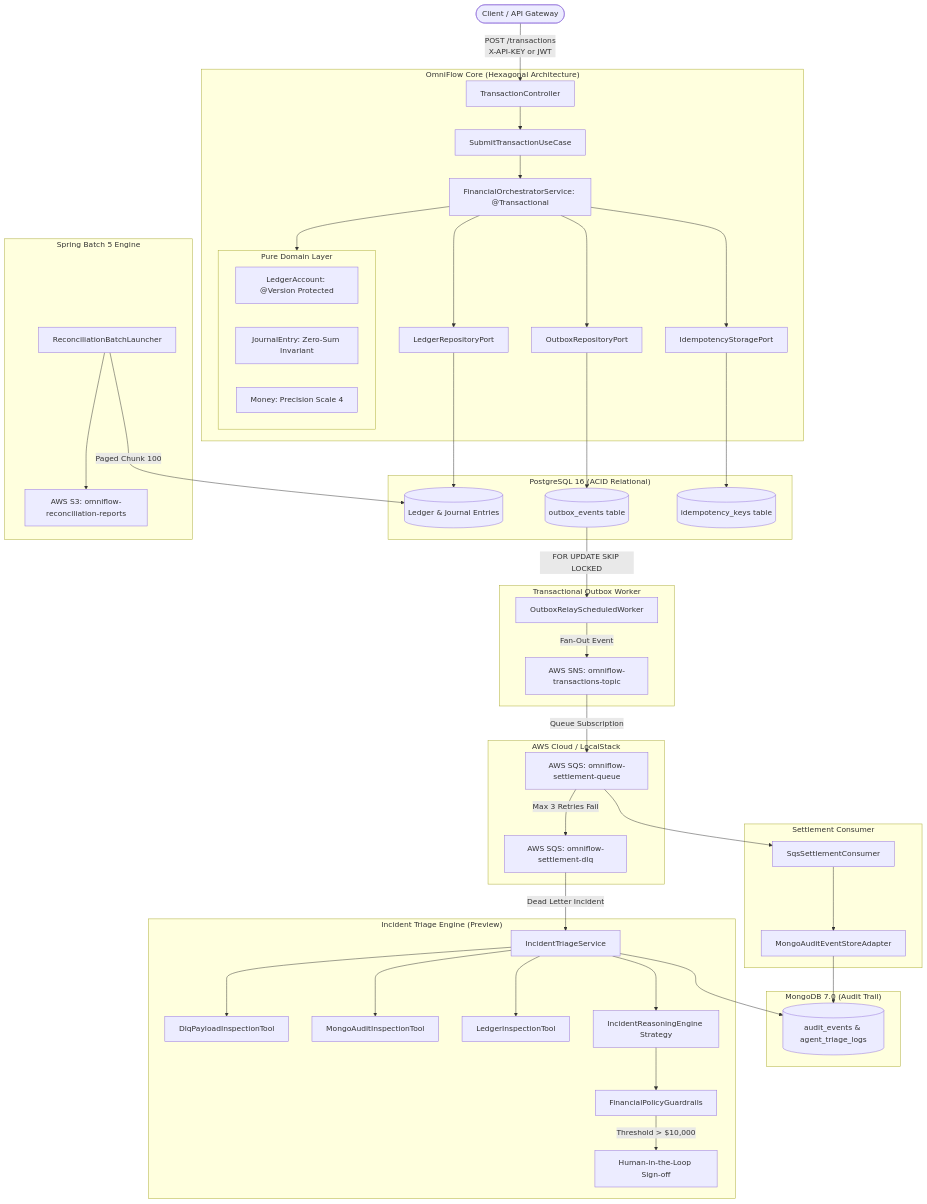
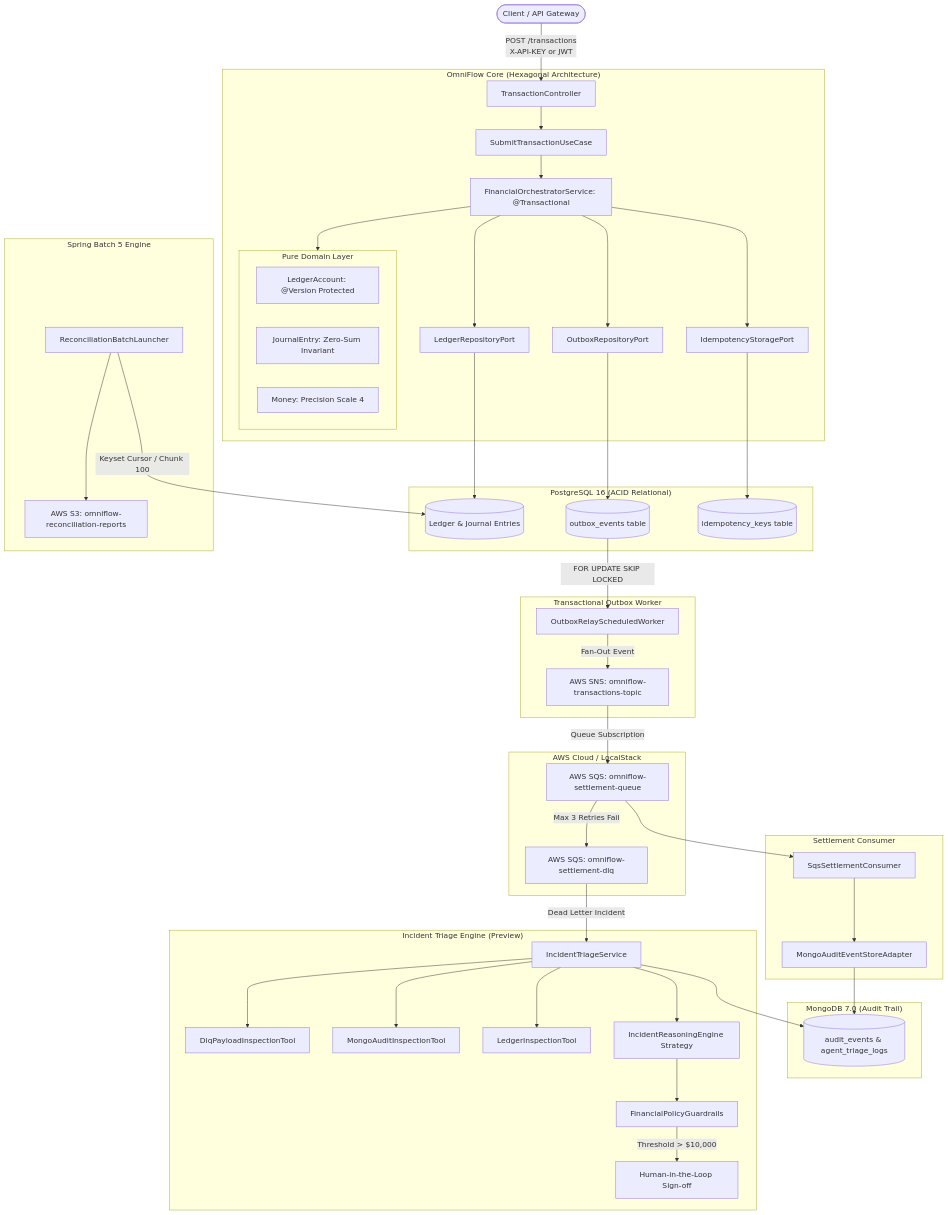
The diagram in README.md (MickaelGeronimo/omniflow), drawn with Mermaid before and after one commit. The commit also changed other lines of this file, not shown here.

Commit message:
docs: align README with exact keyset diagram, overdraft policy, and verification scope

````diff
--- a/README.md
+++ b/README.md
@@ -30,61 +30,61 @@
 ```mermaid
 flowchart TD
     Client([Client / API Gateway]) -->|POST /transactions<br>X-API-KEY or JWT| WebAdapter[TransactionController]
 
     subgraph Core ["OmniFlow Core (Hexagonal Architecture)"]
         WebAdapter --> InPort[SubmitTransactionUseCase]
         InPort --> Orchestrator[FinancialOrchestratorService: @Transactional]
 
         subgraph Domain ["Pure Domain Layer"]
             LedgerAccount[LedgerAccount: @Version Protected]
             JournalEntry[JournalEntry: Zero-Sum Invariant]
             Money[Money: Precision Scale 4]
         end
 
         Orchestrator --> Domain
         Orchestrator --> OutboxPort[OutboxRepositoryPort]
         Orchestrator --> LedgerPort[LedgerRepositoryPort]
         Orchestrator --> IdempPort[IdempotencyStoragePort]
     end
 
     subgraph PostgreSQL ["PostgreSQL 16 (ACID Relational)"]
         LedgerPort --> PG_Ledger[(Ledger & Journal Entries)]
         OutboxPort --> PG_Outbox[(outbox_events table)]
         IdempPort --> PG_Idemp[(idempotency_keys table)]
     end
 
     subgraph OutboxWorker ["Transactional Outbox Worker"]
         PG_Outbox -->|FOR UPDATE SKIP LOCKED| OutboxRelay[OutboxRelayScheduledWorker]
         OutboxRelay -->|Fan-Out Event| SNS[AWS SNS: omniflow-transactions-topic]
     end
 
     subgraph AWS ["AWS Cloud / LocalStack"]
         SNS -->|Queue Subscription| SQS[AWS SQS: omniflow-settlement-queue]
         SQS -->|Max 3 Retries Fail| DLQ[AWS SQS: omniflow-settlement-dlq]
     end
 
     subgraph Consumer ["Settlement Consumer"]
         SQS --> SqsListener[SqsSettlementConsumer]
         SqsListener --> MongoStore[MongoAuditEventStoreAdapter]
     end
 
     subgraph MongoDB ["MongoDB 7.0 (Audit Trail)"]
         MongoStore --> MongoDocs[(audit_events & agent_triage_logs)]
     end
 
     subgraph AIAgent ["Incident Triage Engine (Preview)"]
         DLQ -->|Dead Letter Incident| TriageService[IncidentTriageService]
         TriageService --> Tool1[DlqPayloadInspectionTool]
         TriageService --> Tool2[MongoAuditInspectionTool]
         TriageService --> Tool3[LedgerInspectionTool]
         TriageService --> Reasoning[IncidentReasoningEngine Strategy]
         Reasoning --> Guardrail[FinancialPolicyGuardrails]
         Guardrail -->|Threshold > $10,000| HITL[Human-in-the-Loop Sign-off]
         TriageService --> MongoDocs
     end
 
     subgraph Batch ["Spring Batch 5 Engine"]
-        BatchLauncher[ReconciliationBatchLauncher] -->|Paged Chunk 100| PG_Ledger
+        BatchLauncher[ReconciliationBatchLauncher] -->|Keyset Cursor / Chunk 100| PG_Ledger
         BatchLauncher --> S3[AWS S3: omniflow-reconciliation-reports]
     end
 ```
````
